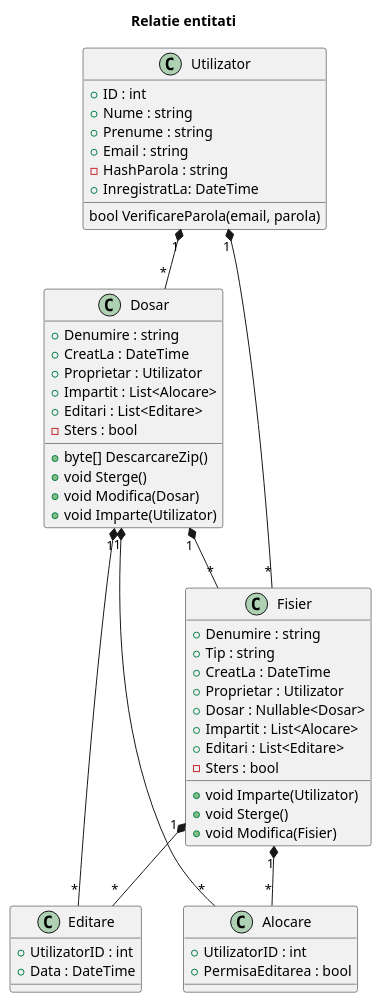
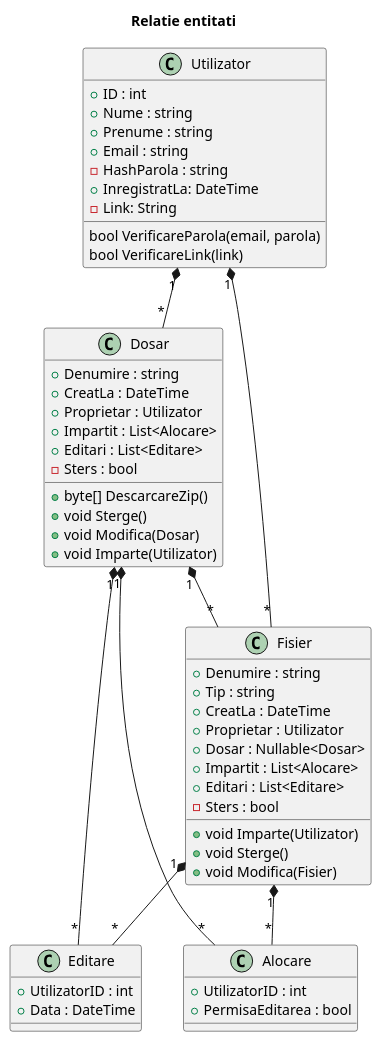
Before and after one commit to adrianvlupu/proiect-metode-devoltare-software: the diagram in class.entities.puml, drawn with PlantUML. The commit also changed 6 other files, not shown here.

```diff
--- a/class.entities.puml
+++ b/class.entities.puml
@@ -1,62 +1,63 @@
 @startuml
 
 title Relatie entitati
 
 class Utilizator {
     + ID : int
     + Nume : string
     + Prenume : string
     + Email : string
     - HashParola : string
     + InregistratLa: DateTime
-
+    - Link: String
     bool VerificareParola(email, parola)
+    bool VerificareLink(link)
 }
 
 class Fisier {
     + Denumire : string
     + Tip : string
     + CreatLa : DateTime
     + Proprietar : Utilizator
     + Dosar : Nullable<Dosar>
     + Impartit : List<Alocare>
     + Editari : List<Editare>
     - Sters : bool
 
     + void Imparte(Utilizator)
     + void Sterge()
     + void Modifica(Fisier)
 }
 
 class Alocare {
     + UtilizatorID : int
     + PermisaEditarea : bool
 }
 
 class Editare {
     + UtilizatorID : int
     + Data : DateTime
 }
 
 class Dosar {
     + Denumire : string
     + CreatLa : DateTime
     + Proprietar : Utilizator
     + Impartit : List<Alocare>
     + Editari : List<Editare>
     - Sters : bool
     
     + byte[] DescarcareZip()
     + void Sterge()
     + void Modifica(Dosar)
     + void Imparte(Utilizator)
 }
 
 Utilizator "1" *-- "*" Fisier
 Utilizator "1" *-- "*" Dosar
 Dosar "1" *-- "*" Alocare
 Dosar "1" *-- "*" Editare
 Dosar "1" *-- "*" Fisier
 Fisier "1" *-- "*" Alocare
 Fisier "1" *-- "*" Editare
 @enduml
```
